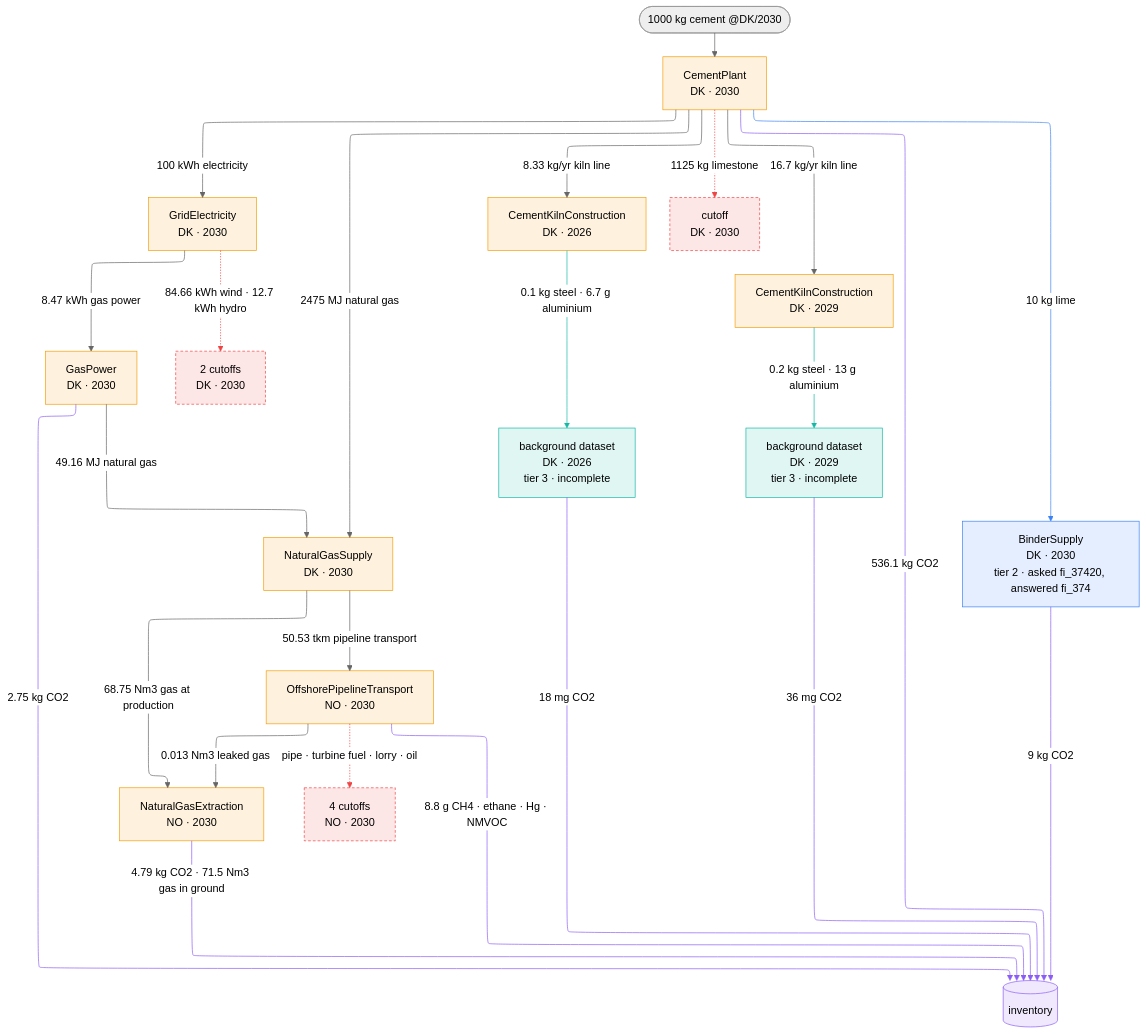
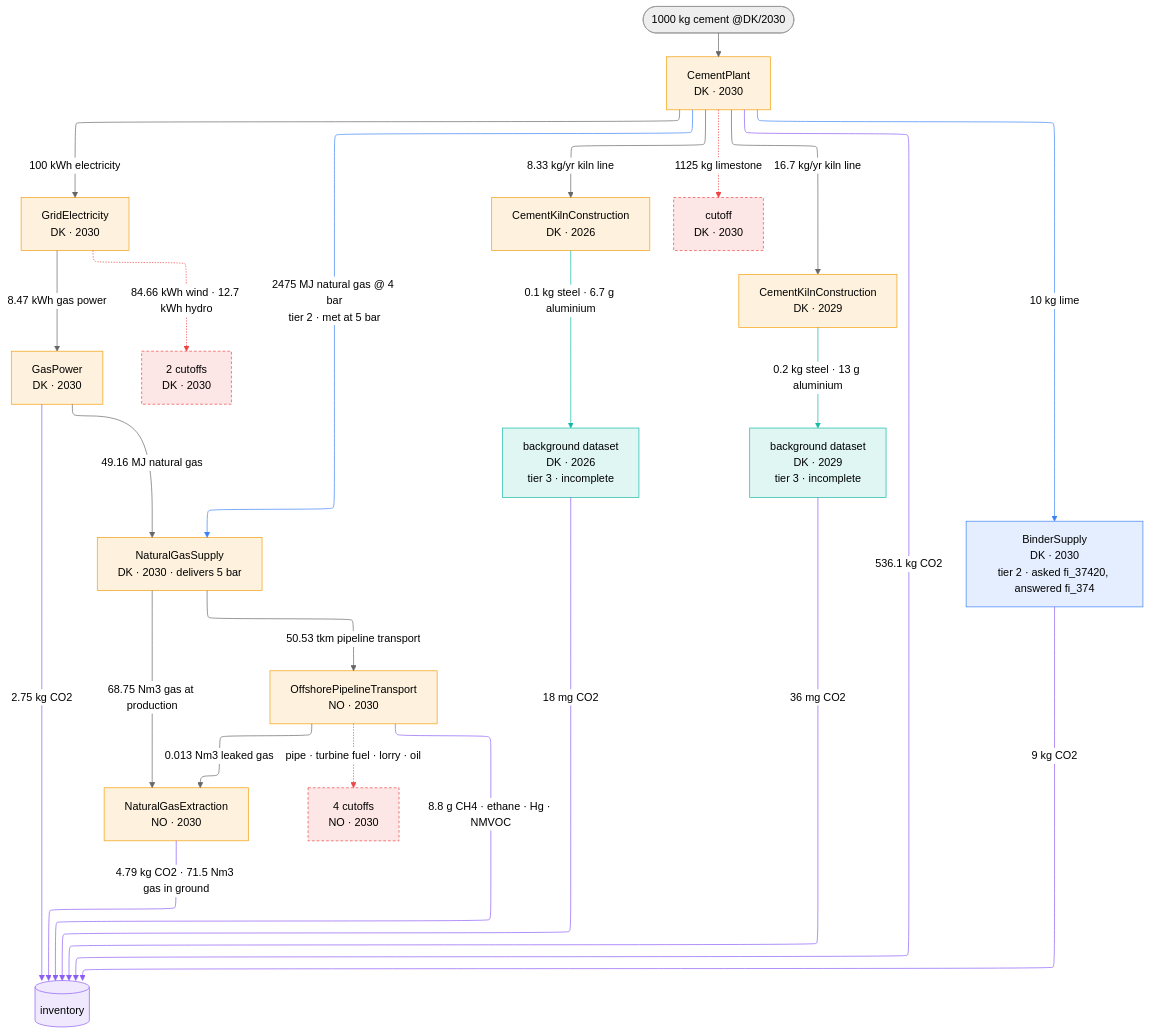
The second of 2 diagrams in docs/pitch-5min.md (TimoDiepers/trailrunner), drawn with Mermaid (neutral theme) before and after one commit. The commit also changed other lines of this file and 23 other files, not shown here.

````diff
--- a/docs/pitch-5min.md
+++ b/docs/pitch-5min.md
@@ -159,48 +180,48 @@
 ```mermaid
 %%{init: {'layout': 'elk'}}%%
 flowchart TB
     D(["1000 kg cement @DK/2030"]) --> CP["CementPlant<br/>DK · 2030"]
 
-    CP -->|"2475 MJ natural gas"| NGS["NaturalGasSupply<br/>DK · 2030"]
+    CP -->|"2475 MJ natural gas @ 4 bar<br/>tier 2 · met at 5 bar"| NGS["NaturalGasSupply<br/>DK · 2030 · delivers 5 bar"]
     CP -->|"100 kWh electricity"| GE["GridElectricity<br/>DK · 2030"]
     CP -->|"10 kg lime"| BS["BinderSupply<br/>DK · 2030<br/>tier 2 · asked fi_37420, answered fi_374"]
     CP -->|"8.33 kg/yr kiln line"| K26["CementKilnConstruction<br/>DK · 2026"]
     CP -->|"16.7 kg/yr kiln line"| K29["CementKilnConstruction<br/>DK · 2029"]
     CP -.->|"1125 kg limestone"| XG["cutoff<br/>DK · 2030"]
 
     NGS -->|"68.75 Nm3 gas at production"| NGE["NaturalGasExtraction<br/>NO · 2030"]
     NGS -->|"50.53 tkm pipeline transport"| PT["OffshorePipelineTransport<br/>NO · 2030"]
     PT -->|"0.013 Nm3 leaked gas"| NGE
     PT -.->|"pipe · turbine fuel · lorry · oil"| XP["4 cutoffs<br/>NO · 2030"]
 
     GE -->|"8.47 kWh gas power"| GP["GasPower<br/>DK · 2030"]
     GE -.->|"84.66 kWh wind · 12.7 kWh hydro"| XE["2 cutoffs<br/>DK · 2030"]
     GP -->|"49.16 MJ natural gas"| NGS
 
     K26 -->|"0.1 kg steel · 6.7 g aluminium"| B26["background dataset<br/>DK · 2026<br/>tier 3 · incomplete"]
     K29 -->|"0.2 kg steel · 13 g aluminium"| B29["background dataset<br/>DK · 2029<br/>tier 3 · incomplete"]
 
     CP -->|"536.1 kg CO2"| INV[("inventory")]
     BS -->|"9 kg CO2"| INV
     GP -->|"2.75 kg CO2"| INV
     NGE -->|"4.79 kg CO2 · 71.5 Nm3 gas in ground"| INV
     PT -->|"8.8 g CH4 · ethane · Hg · NMVOC"| INV
     B26 -->|"18 mg CO2"| INV
     B29 -->|"36 mg CO2"| INV
 
     classDef t1 fill:#f59e0b22,stroke:#f59e0b
     classDef t2 fill:#3b82f622,stroke:#3b82f6
     classDef t3 fill:#14b8a622,stroke:#14b8a6
     classDef gap fill:#ef444422,stroke:#ef4444,stroke-dasharray:4 3
     classDef record fill:#8b5cf622,stroke:#8b5cf6
     class CP,NGS,NGE,PT,GE,GP,K26,K29 t1
     class BS t2
     class B26,B29 t3
     class XG,XP,XE gap
     class INV record
 
-    linkStyle 3 stroke:#3b82f6
+    linkStyle 1,3 stroke:#3b82f6
     linkStyle 14,15 stroke:#14b8a6
     linkStyle 6,10,12 stroke:#ef4444
     linkStyle 16,17,18,19,20,21,22 stroke:#8b5cf6
 ```
````
